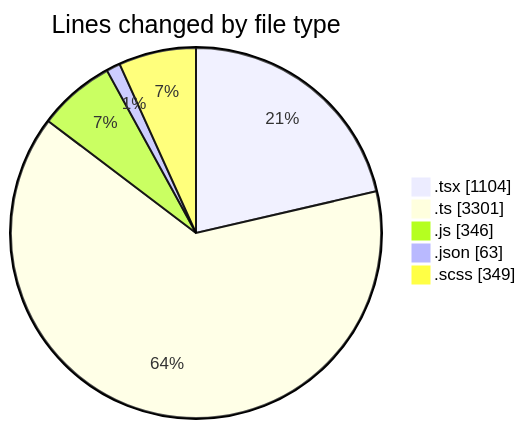
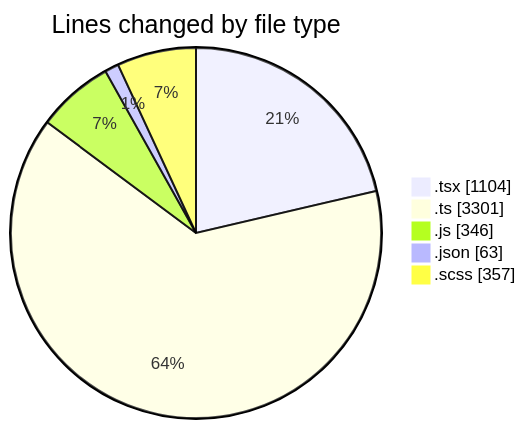
Before and after one commit to momahboobian/code-tracking: the first of 2 diagrams in 2025-12-01/cda/README.md, drawn with Mermaid. The commit also changed other lines of this file and 1 other file, not shown here.

````diff
--- a/2025-12-01/cda/README.md
+++ b/2025-12-01/cda/README.md
@@ -32,9 +32,9 @@
 ```mermaid
 pie showData
 title Lines changed by file type
 ".tsx" : 1104
 ".ts" : 3301
 ".js" : 346
 ".json" : 63
-".scss" : 349
+".scss" : 357
 ```
````
